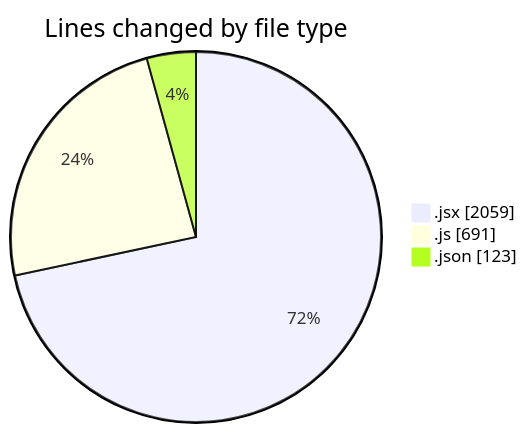
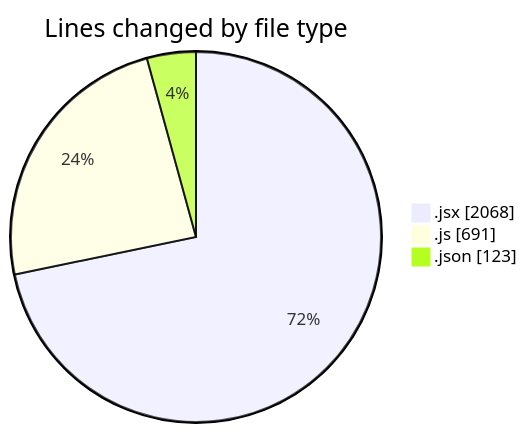
The first of 2 diagrams in 2025-12-28/nxtqube_webapp/README.md (nxtqubesakshisongat/code-tracking), drawn with Mermaid before and after one commit. The commit also changed other lines of this file and 1 other file, not shown here.

````diff
--- a/2025-12-28/nxtqube_webapp/README.md
+++ b/2025-12-28/nxtqube_webapp/README.md
@@ -24,7 +24,7 @@
 ```mermaid
 pie showData
 title Lines changed by file type
-".jsx" : 2059
+".jsx" : 2068
 ".js" : 691
 ".json" : 123
 ```
````
